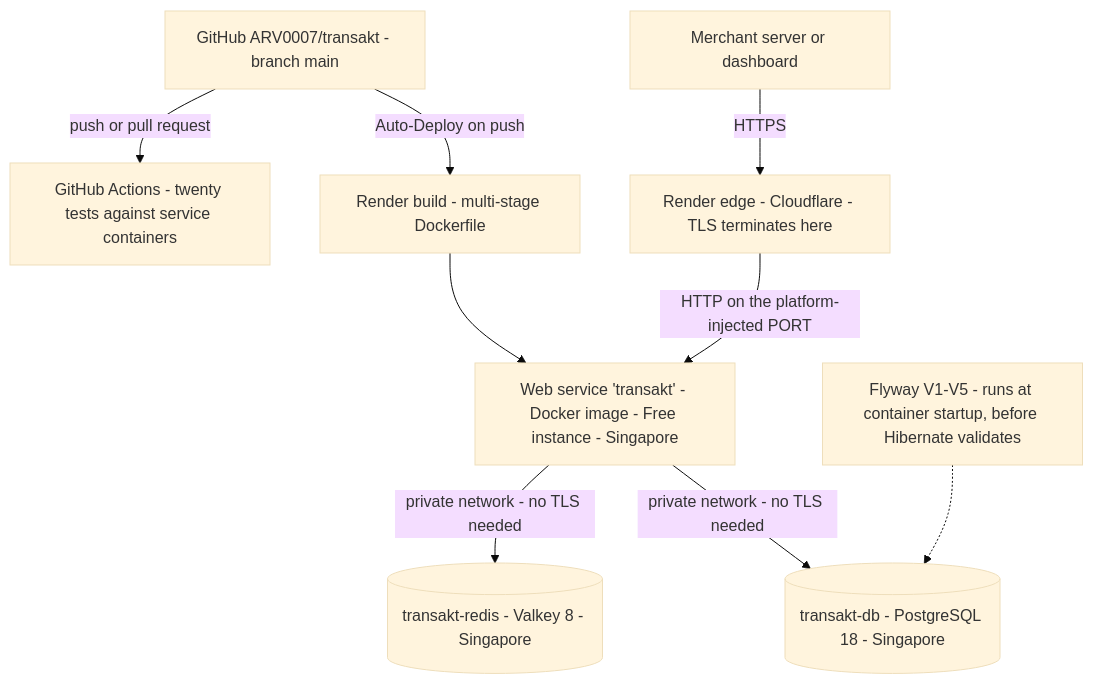
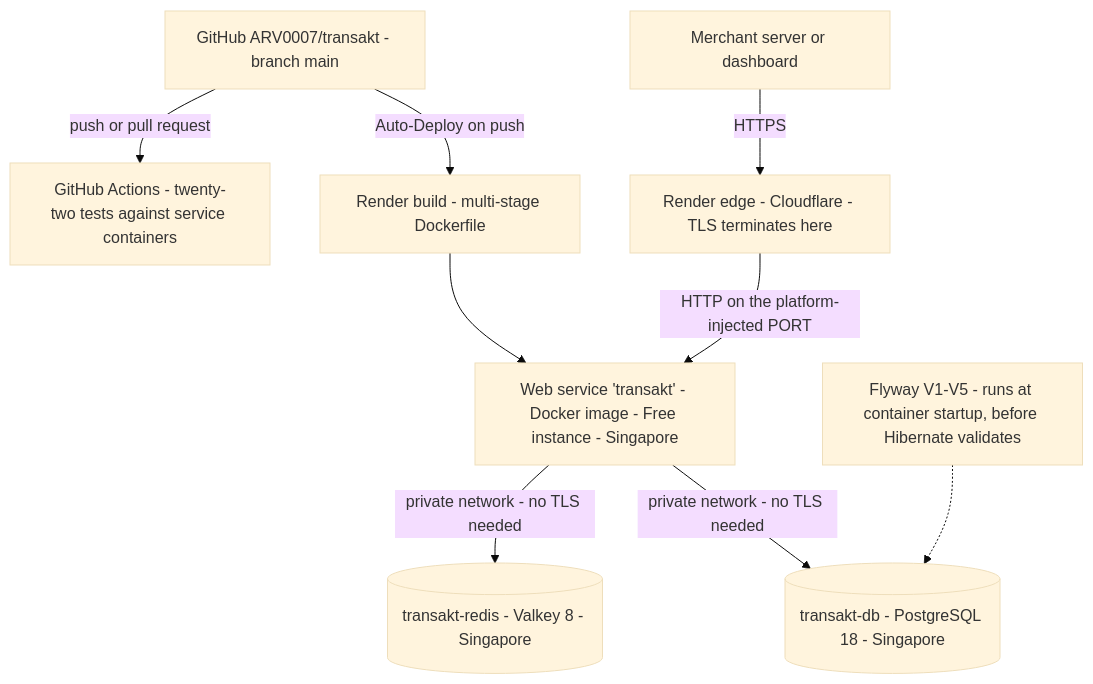
The first of 3 diagrams in docs/architecture.md (ARV0007/transakt), drawn with Mermaid (base theme) before and after one commit. The commit also changed other lines of this file and 9 other files, not shown here.

`````diff
--- a/docs/architecture.md
+++ b/docs/architecture.md
@@ -9,12 +9,12 @@
-```mermaid
+````mermaid
 flowchart TD
   client[Merchant server or dashboard]
   client -->|HTTPS| edge[Render edge - Cloudflare - TLS terminates here]
   edge -->|HTTP on the platform-injected PORT| app[Web service 'transakt' - Docker image - Free instance - Singapore]
   app -->|private network - no TLS needed| pg[(transakt-db - PostgreSQL 18 - Singapore)]
   app -->|private network - no TLS needed| kv[(transakt-redis - Valkey 8 - Singapore)]
   gh[GitHub ARV0007/transakt - branch main] -->|Auto-Deploy on push| build[Render build - multi-stage Dockerfile]
-  gh -->|push or pull request| ci[GitHub Actions - twenty tests against service containers]
+  gh -->|push or pull request| ci[GitHub Actions - twenty-two tests against service containers]
   build --> app
   flyway[Flyway V1-V5 - runs at container startup, before Hibernate validates] -.-> pg
-```
+````
`````
